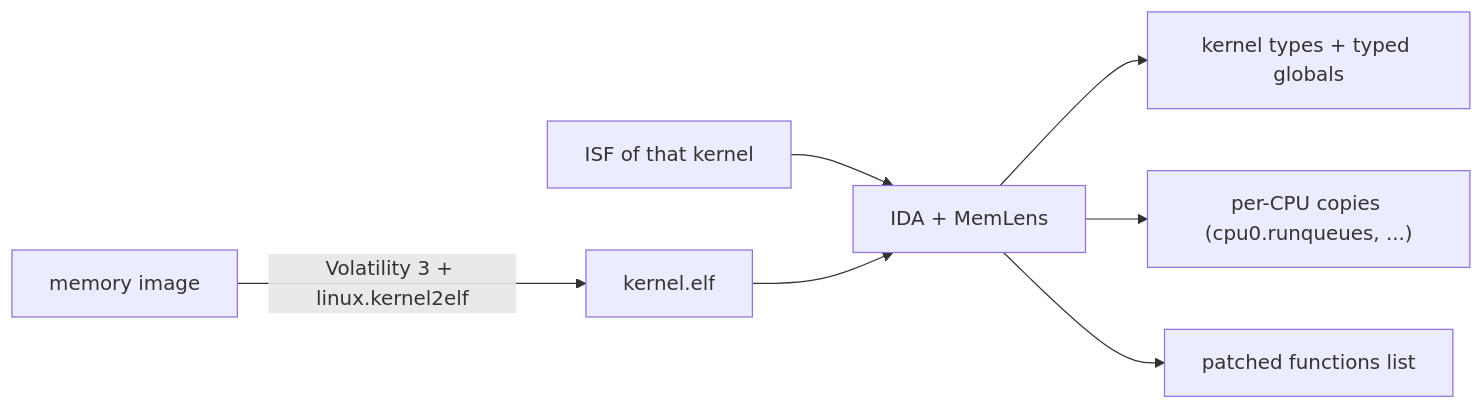
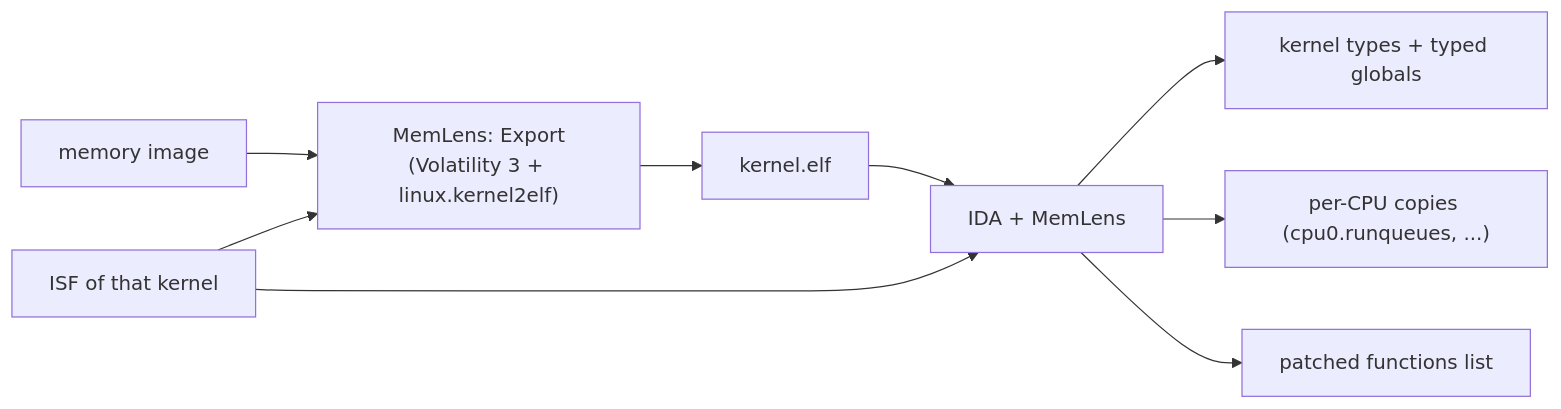
Before and after one commit to nightshift-labs-ai/memlens: the diagram in README.md, drawn with Mermaid. The commit also changed other lines of this file and 2 other files, not shown here.

````diff
--- a/README.md
+++ b/README.md
@@ -13,9 +17,11 @@
 ```mermaid
 flowchart LR
-  img[memory image] -->|"Volatility 3 + linux.kernel2elf"| elf[kernel.elf]
-  isf[ISF of that kernel] --> ida
+  img[memory image] --> vol["MemLens: Export<br/>(Volatility 3 + linux.kernel2elf)"]
+  isf[ISF of that kernel] --> vol
+  vol --> elf[kernel.elf]
   elf --> ida[IDA + MemLens]
+  isf --> ida
   ida --> types[kernel types + typed globals]
   ida --> pcpu["per-CPU copies (cpu0.runqueues, ...)"]
   ida --> hooks[patched functions list]
 ```
````
